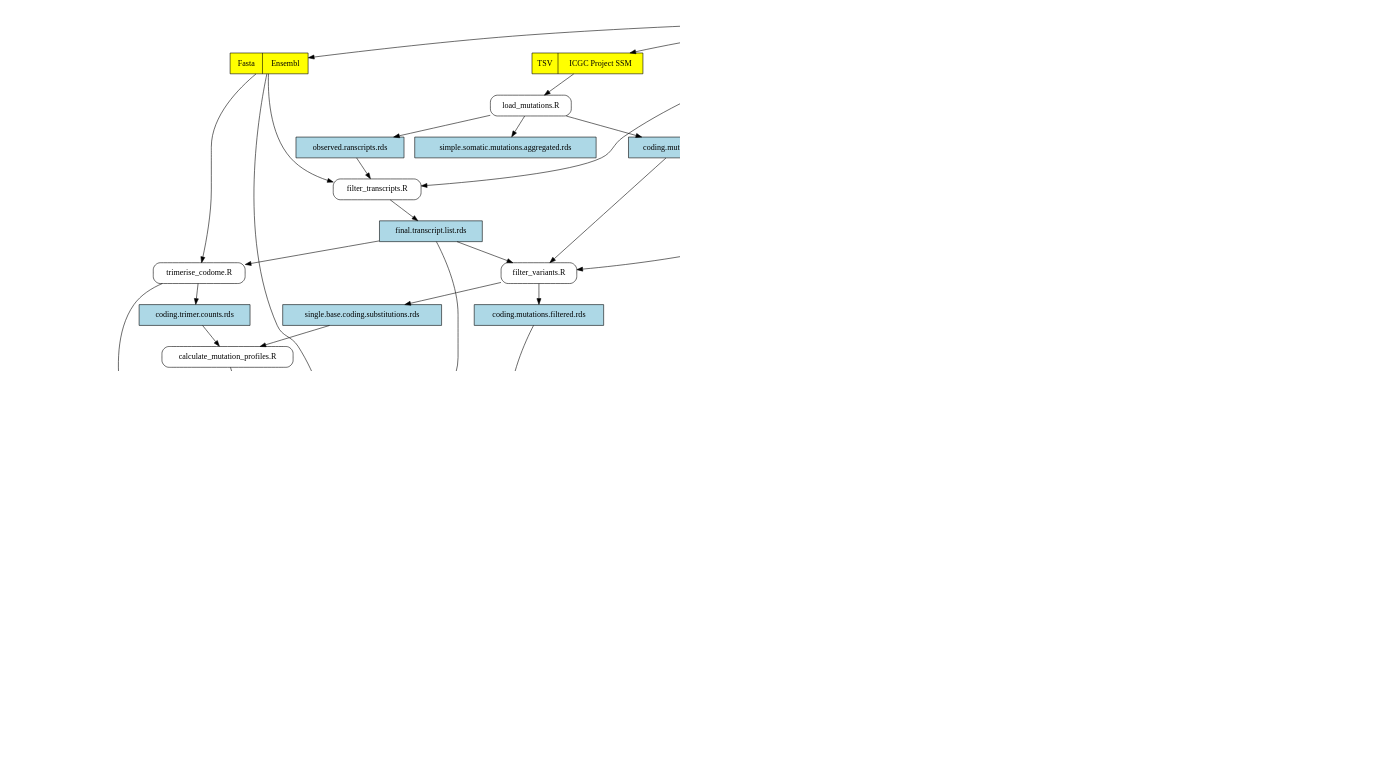
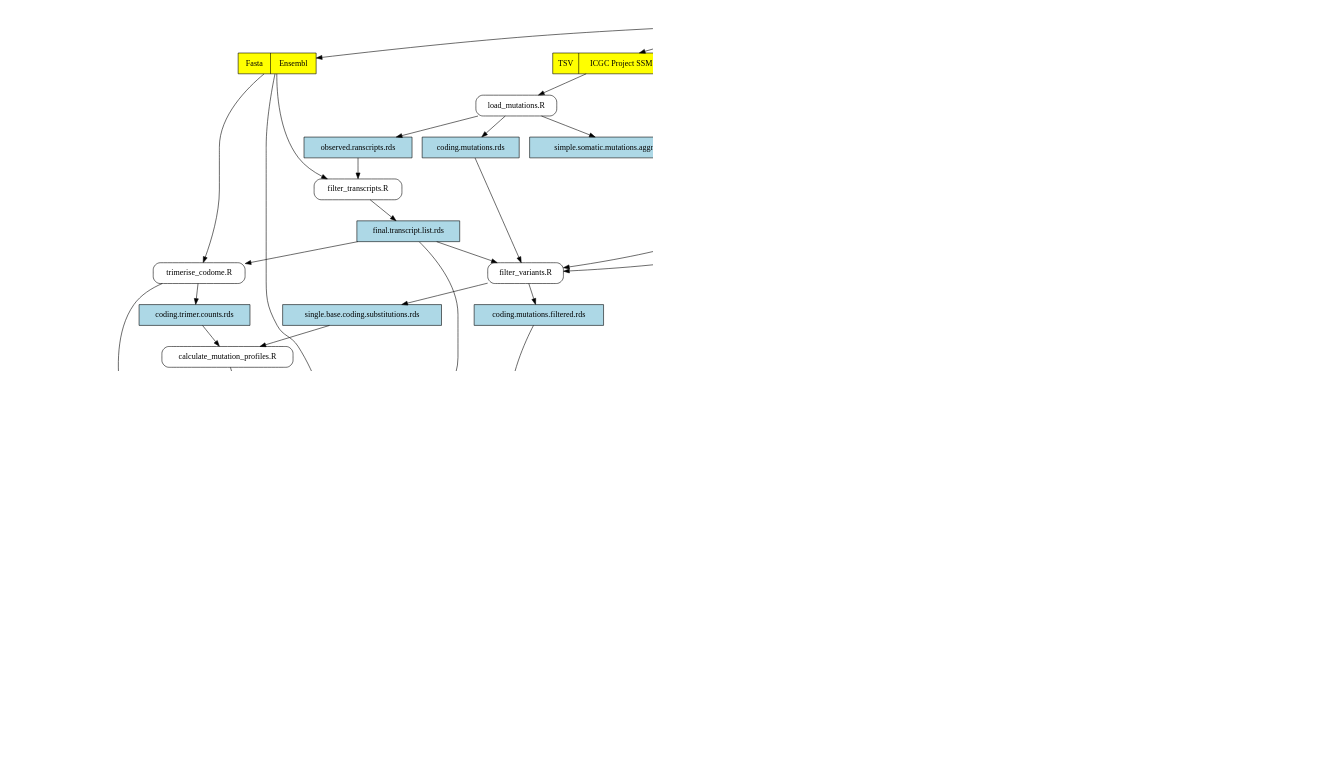
The diagram in data_flow_diagram.gv (daniel-wells/somatic-selection), drawn with Graphviz before and after one commit. The commit also changed 1 other file, not shown here.

Commit message:
remove biomart and add ExAC to DFD

```diff
--- a/data_flow_diagram.gv
+++ b/data_flow_diagram.gv
@@ -1,116 +1,116 @@
 # create on the command line by:
 # dot -Tpng data_flow_diagram.gv -o data_flow_diagram.png
 digraph dfd2{
 	graph [ dpi = 150 ]; 
         node[shape=record]
         subgraph level0{
         fasta [label="Fasta | Ensembl", style=filled, fillcolor=yellow];
         ICGCindiv [label="TSV | ICGC Project SSM", style=filled, fillcolor=yellow];
                         {rank=same; fasta,ICGCindiv}
 
         expected [label="expected_variants_per_transcript.tsv" shape=box, style=filled, fillcolor=lightblue];
         observed [label="coding.mutations.rds" shape=box, style=filled, fillcolor=lightblue];
 		filteredObserved [label="coding.mutations.filtered.rds" shape=box, style=filled, fillcolor=lightblue];
         dndsTranscript [label="dNdS_by_transcript.tsv" shape=box, style=filled, fillcolor=lightblue];
         dndsgene [label="dNdS_by_gene.tsv" shape=box, style=filled, fillcolor=green];
         graphs [label="Graphs.pdf" shape=box, style=filled, fillcolor=green];
         singleBaseCodingSubs [label="single.base.coding.substitutions.rds" shape=box, style=filled, fillcolor=lightblue];
         trimerCounts [label="coding.trimer.counts.rds" shape=box, style=filled, fillcolor=lightblue];
         motifProbs [label="motif.probabilities.rds" shape=box, style=filled, fillcolor=lightblue];
         aggMut [label="simple.somatic.mutations.aggregated.rds" shape=box, style=filled, fillcolor=lightblue];
 		observedTranscripts [label="observed.ranscripts.rds" shape=box, style=filled, fillcolor=lightblue];
 		transcriptList [label="final.transcript.list.rds" shape=box, style=filled, fillcolor=lightblue];
 		cosmic [label="cancer_gene_census.csv" shape=box, style=filled, fillcolor=yellow];
 		hgnc [label="HGNC.tsv" shape=box, style=filled, fillcolor=yellow];
 
 
         calcExpected [label="calculate_expected_variants.R}" shape=Mrecord];
         calcdnds [label="calculate_dNdS.R}" shape=Mrecord];
         analysednds [label="analyse_dNdS.R}" shape=Mrecord];
         MakeDownload [label="{Makefile|Download Raw Data}" shape=Mrecord];
 
 		trimerise [label="{trimerise_codome.R}" shape=Mrecord];
 		load [label="{load_mutations.R}" shape=Mrecord];
         calcProfile [label="{calculate_mutation_profiles.R}" shape=Mrecord];
 		filterTranscripts [label="{filter_transcripts.R}" shape=Mrecord];
 		filterVariants [label="{filter_variants.R}" shape=Mrecord];
         }
 		
 		subgraph cluster_level3{
 	                        label ="Randomisation Control" fontsize="25";
 				randomise [label="{randomise_genome.R}" shape=Mrecord];
 				codome [label="codome.rds" shape=box, style=filled, fillcolor=lightblue];
 				randomAggregated [label="random.aggregated.tsv" shape=box, style=filled, fillcolor=lightblue];
 				pvalues [label="p.values.tsv" shape=box, style=filled, fillcolor=lightblue];
 				randomisedRaw [label="randomised raw files (multiple)" shape=box, style=filled, fillcolor=lightblue];
 				mergeRandom [label="{Makefile|Aggregate files}" shape=Mrecord];
 				calculateP [label="{calculate_pvalues.R}" shape=Mrecord];
 	        }
 
        subgraph cluster_level1{
                 	label ="Annotations" rank="max";
 				mappability [label="mappability_100bp_windows_exons.bed.gz" shape=box, style=filled, fillcolor=yellow];
-        		biomart [label="Biomart Export" shape=box, style=filled, fillcolor=yellow];
+        		ExAC [label="ExAC" shape=box, style=filled, fillcolor=yellow];
 	        	vogelstein [label="Vogelstein Cancer List" shape=box, style=filled, fillcolor=yellow];
 	        	cosmic [label="COSMIC Cancer List" shape=box, style=filled, fillcolor=yellow];
 	        	hgnc [label="HGNC gene names" shape=box, style=filled, fillcolor=yellow];
 	        	rna [label="TGCA RNAseq" shape=box, style=filled, fillcolor=yellow];
 
 			rnaTotal [label="tgca_RNAseq.total.tsv" shape=box, style=filled, fillcolor=lightblue];
 			rnaGene [label="RNAseq.by.gene.tsv" shape=box, style=filled, fillcolor=lightblue];
 
 	        	expression [label="tgca_expression.R}" shape=Mrecord];
 	        	expressionAnalysis [label="expression_analysis.R}" shape=Mrecord];
 
                        # store1 [label="<f0>    |<f1> Data store one"];
                        # store2 [label="<f0>   |<f1> Data store two"];
                        # {rank=same; store1, store2}
 
         }
 
 	subgraph cluster_level2{
                         label ="Key" fontsize="25" rank="min";
         raw [label="Raw Data" shape=box, style=filled, fillcolor=yellow];
 		data [label="Intermediate Data" shape=box, style=filled, fillcolor=lightblue];
 	    results [label="Result" shape=box, style=filled, fillcolor=green];
 	    script [label="Script" shape=Mrecord];
         }
 
 	# Download Data
-	MakeDownload -> {fasta, ICGCindiv, biomart, vogelstein, rna, mappability, cosmic, hgnc}
+	MakeDownload -> {fasta, ICGCindiv, ExAC, vogelstein, rna, mappability, cosmic, hgnc}
 	
 	# Load mutations
 	ICGCindiv -> load -> {observed,aggMut,observedTranscripts}
 	
 	# Calculate substitution 'matrix'
 	{singleBaseCodingSubs,trimerCounts} -> calcProfile -> motifProbs
 	
 	# Calculate expected ratio of N:S
 	{fasta,motifProbs,transcriptList} -> calcExpected -> expected
 	
 	{expected,filteredObserved} -> calcdnds -> dndsTranscript -> analysednds -> {graphs dndsgene}
 	
 	# Ensembl Fasta
 	{fasta,transcriptList} -> trimerise -> {codome,trimerCounts}
 	
 	# Filter transcripts
-	{fasta,observedTranscripts,biomart} -> filterTranscripts -> transcriptList
+	{fasta,observedTranscripts} -> filterTranscripts -> transcriptList
 	
 	# Filter variants
-	{mappability,transcriptList,observed} -> filterVariants -> {singleBaseCodingSubs,filteredObserved}
+	{mappability,transcriptList,observed,ExAC} -> filterVariants -> {singleBaseCodingSubs,filteredObserved}
 	
 	# Create random genomes and calculate Pvalues
 	{codome,motifProbs} -> randomise -> randomisedRaw -> mergeRandom -> randomAggregated -> calculateP -> pvalues -> analysednds
 		dndsTranscript -> calculateP
 
 	# RNA Expression
 	rna -> expression -> rnaTotal -> expressionAnalysis -> rnaGene
 
 	# Add annotations
 	{vogelstein,cosmic,hgnc,rnaGene} -> analysednds
 
 	# Key
 #	raw -> script -> data -> results [style=invis]
 	 calcdnds -> script  [style=invis, minlen=2]
 
 }
```
